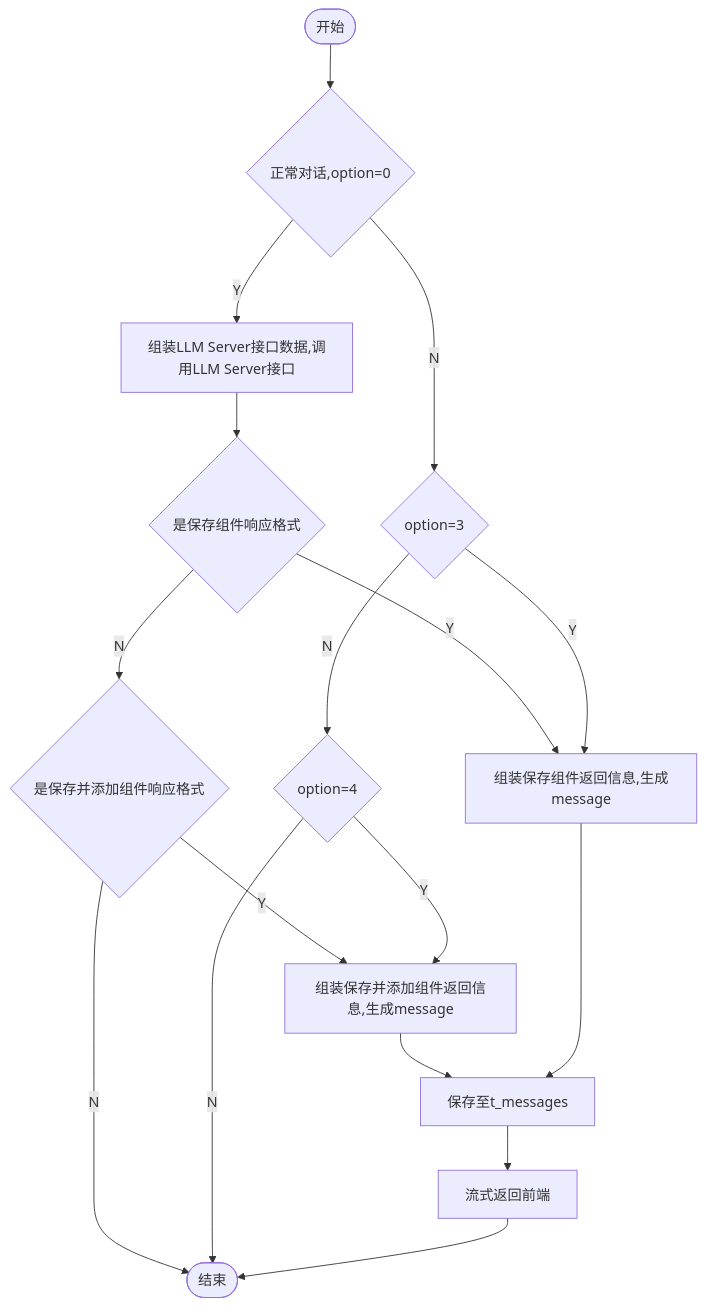
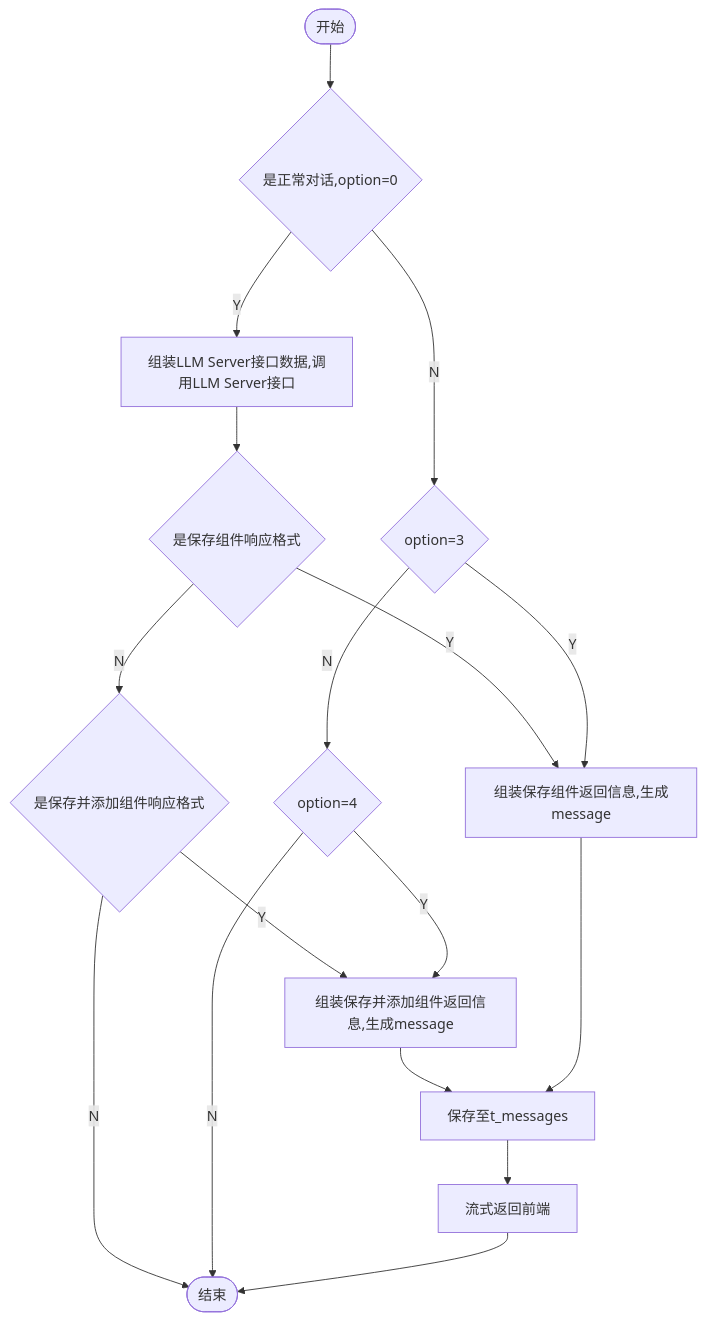
Before and after one commit to yingjianzh/iodraw-files: the diagram in all/添加保存组件.md, drawn with Mermaid.

Commit message:
2024-10-14 13:36:03 update

````diff
--- a/all/添加保存组件.md
+++ b/all/添加保存组件.md
@@ -1,19 +1,19 @@
 ```mermaid
 flowchart TD
-    A([开始]) --> B{正常对话,option=0}
+    A([开始]) --> B{是正常对话,option=0}
     B -- Y --> C[组装LLM Server接口数据,调用LLM Server接口]
     B -- N --> D{option=3}
     C --> E{是保存组件响应格式}
     E -- Y --> F[组装保存组件返回信息,生成message]
     E -- N --> L{是保存并添加组件响应格式}
     L -- Y --> K
     L -- N --> I
     D -- Y --> F
     D -- N --> J{option=4}
     J -- Y --> K[组装保存并添加组件返回信息,生成message]
     K --> G
     J -- N --> I
     F --> G[保存至t_messages]
     G --> H[流式返回前端]
     H --> I([结束])
 ```
````
